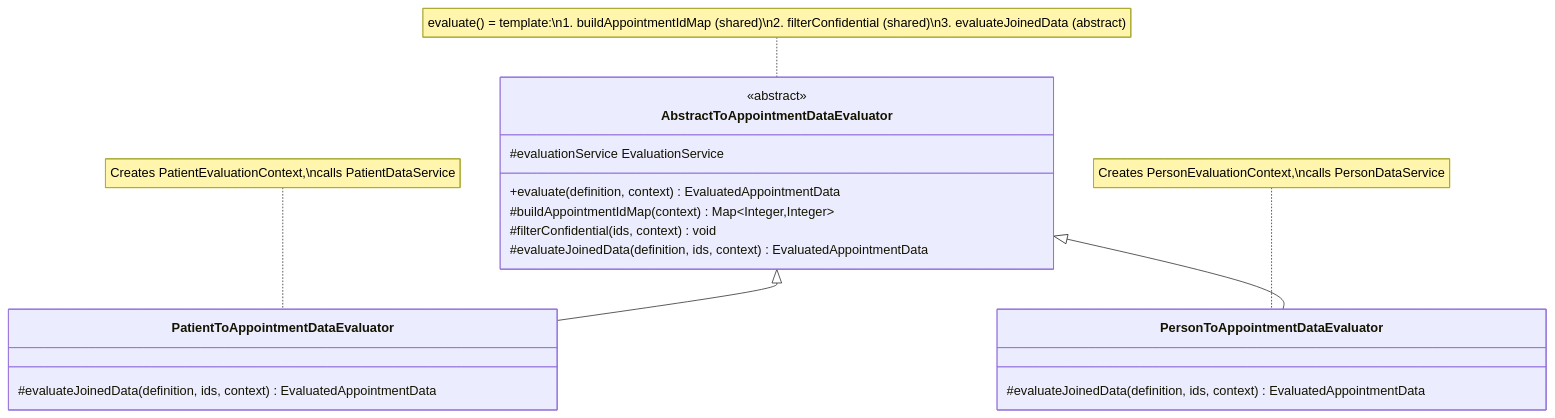
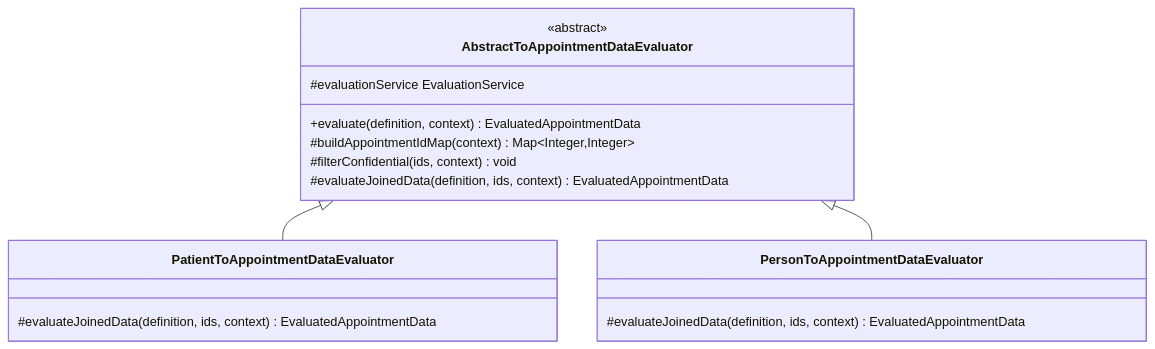
One commit to Avans-2-4/Documentatie-Avans-2-4 changed the third of 5 diagrams in content/500 Project/500 Analyses/maintainability-analysis.md. Above: the diagram before and after it, drawn with Mermaid. The commit also changed other lines of this file, not shown here.

Commit message:
fix diagrams

````diff
--- a/content/500 Project/500 Analyses/maintainability-analysis.md
+++ b/content/500 Project/500 Analyses/maintainability-analysis.md
@@ -211,26 +220,22 @@
 ```mermaid
 classDiagram
     class AbstractToAppointmentDataEvaluator {
         <<abstract>>
         #evaluationService EvaluationService
         +evaluate(definition, context) EvaluatedAppointmentData
         #buildAppointmentIdMap(context) Map~Integer,Integer~
         #filterConfidential(ids, context) void
         #evaluateJoinedData(definition, ids, context) EvaluatedAppointmentData
     }
 
     class PatientToAppointmentDataEvaluator {
         #evaluateJoinedData(definition, ids, context) EvaluatedAppointmentData
     }
 
     class PersonToAppointmentDataEvaluator {
         #evaluateJoinedData(definition, ids, context) EvaluatedAppointmentData
     }
 
     AbstractToAppointmentDataEvaluator <|-- PatientToAppointmentDataEvaluator
     AbstractToAppointmentDataEvaluator <|-- PersonToAppointmentDataEvaluator
-
-    note for AbstractToAppointmentDataEvaluator "evaluate() = template:\n1. buildAppointmentIdMap (shared)\n2. filterConfidential (shared)\n3. evaluateJoinedData (abstract)"
-    note for PatientToAppointmentDataEvaluator "Creates PatientEvaluationContext,\ncalls PatientDataService"
-    note for PersonToAppointmentDataEvaluator "Creates PersonEvaluationContext,\ncalls PersonDataService"
 ```
````
